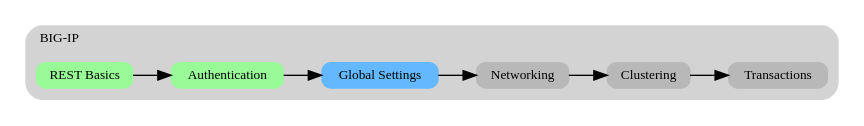
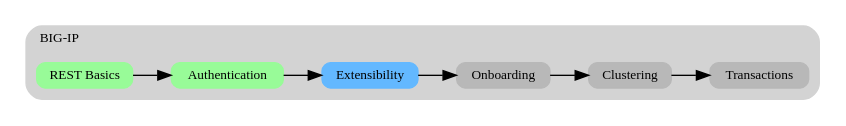
The diagram in docs/class1/module1/lab3.rst (f5devcentral/f5-automation-labs), drawn with Graphviz before and after one commit. The commit also changed other lines of this file and 36 other files, not shown here.

```diff
--- a/docs/class1/module1/lab3.rst
+++ b/docs/class1/module1/lab3.rst
@@ -4,22 +4,22 @@
 .. graphviz::
 
    digraph breadcrumb {
       rankdir="LR"
       ranksep=.4
       node [fontsize=10,style="rounded,filled",shape=box,color=gray72,margin="0.05,0.05",height=0.1]
       fontsize = 10
       labeljust="l"
       subgraph cluster_provider {
          style = "rounded,filled"
          color = lightgrey
          height = .75
          label = "BIG-IP"
          basics [label="REST Basics",color="palegreen"]
          authentication [label="Authentication",color="palegreen"]
-         globalsettings [label="Global Settings",color="steelblue1"]
-         networking [label="Networking"]
+         extensibility [label="Extensibility",color="steelblue1"]
+         onboarding [label="Onboarding"]
          clustering [label="Clustering"]
          transactions [label="Transactions"]
-         basics -> authentication -> globalsettings -> networking -> clustering -> transactions
+         basics -> authentication -> extensibility -> onboarding -> clustering -> transactions
       }
    }
```
